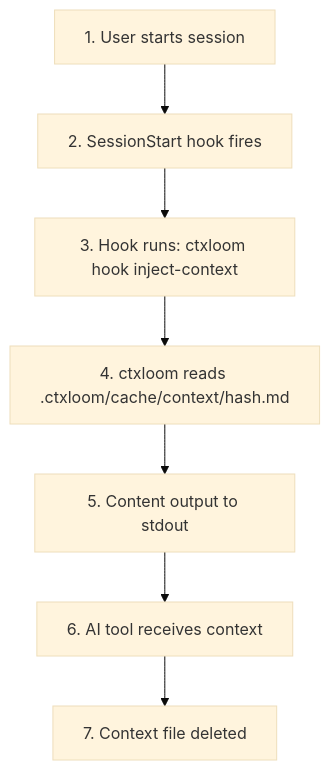
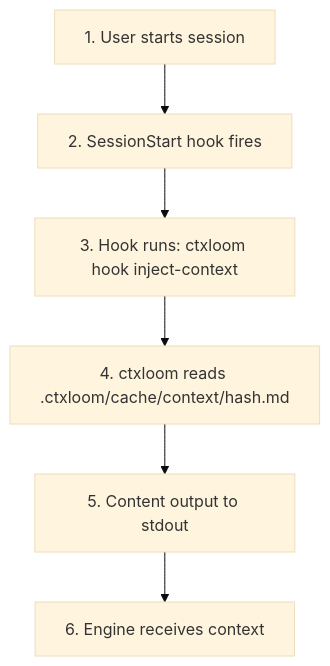
One commit to ctxloom/ctxloom changed the third of 5 diagrams in website/src/content/docs/concepts/architecture.md. Above: the diagram before and after it, drawn with Mermaid (base theme). The commit also changed other lines of this file and 324 other files, not shown here.

````diff
--- a/website/src/content/docs/concepts/architecture.md
+++ b/website/src/content/docs/concepts/architecture.md
@@ -119,9 +206,8 @@
 ```mermaid
 flowchart TD
     A["1. User starts session"] --> B["2. SessionStart hook fires"]
     B --> C["3. Hook runs: ctxloom hook inject-context"]
     C --> D["4. ctxloom reads .ctxloom/cache/context/hash.md"]
     D --> E["5. Content output to stdout"]
-    E --> F["6. AI tool receives context"]
-    F --> G["7. Context file deleted"]
+    E --> F["6. Engine receives context"]
 ```
````
